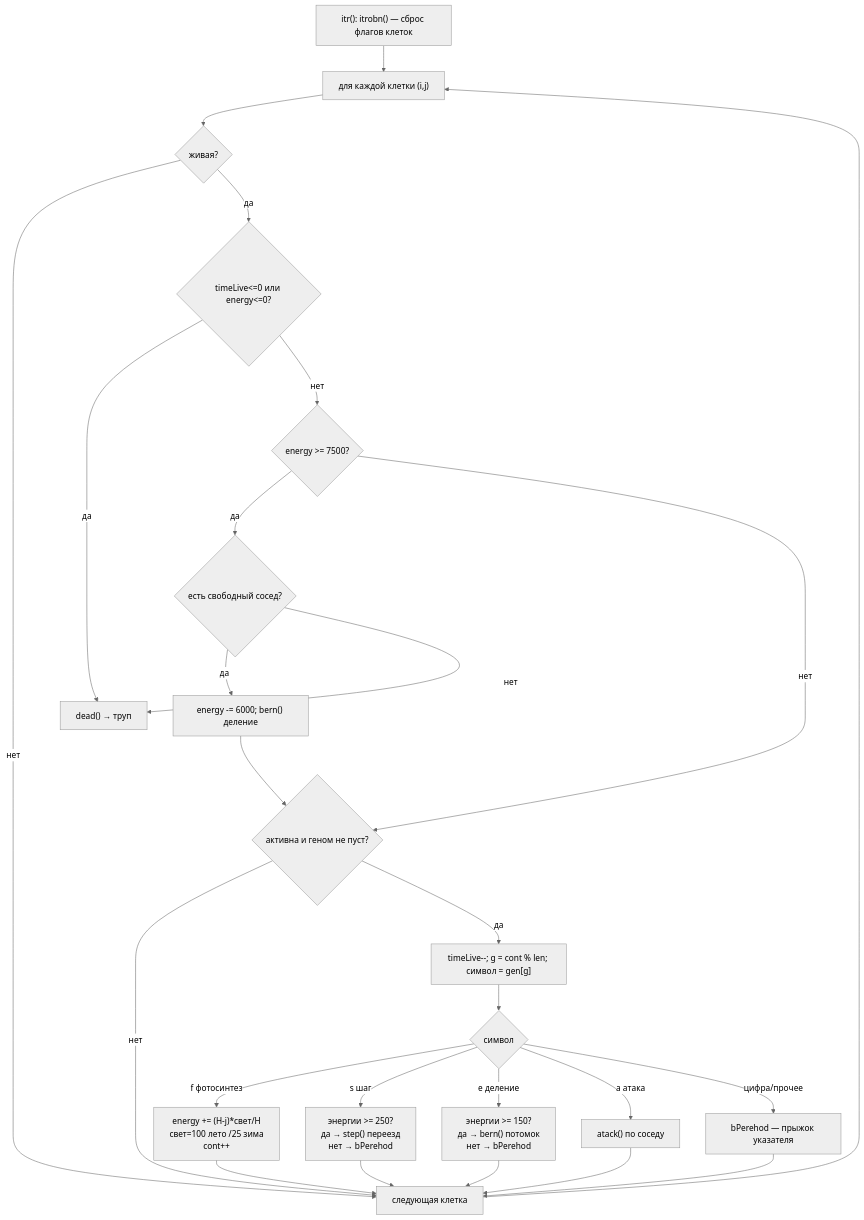
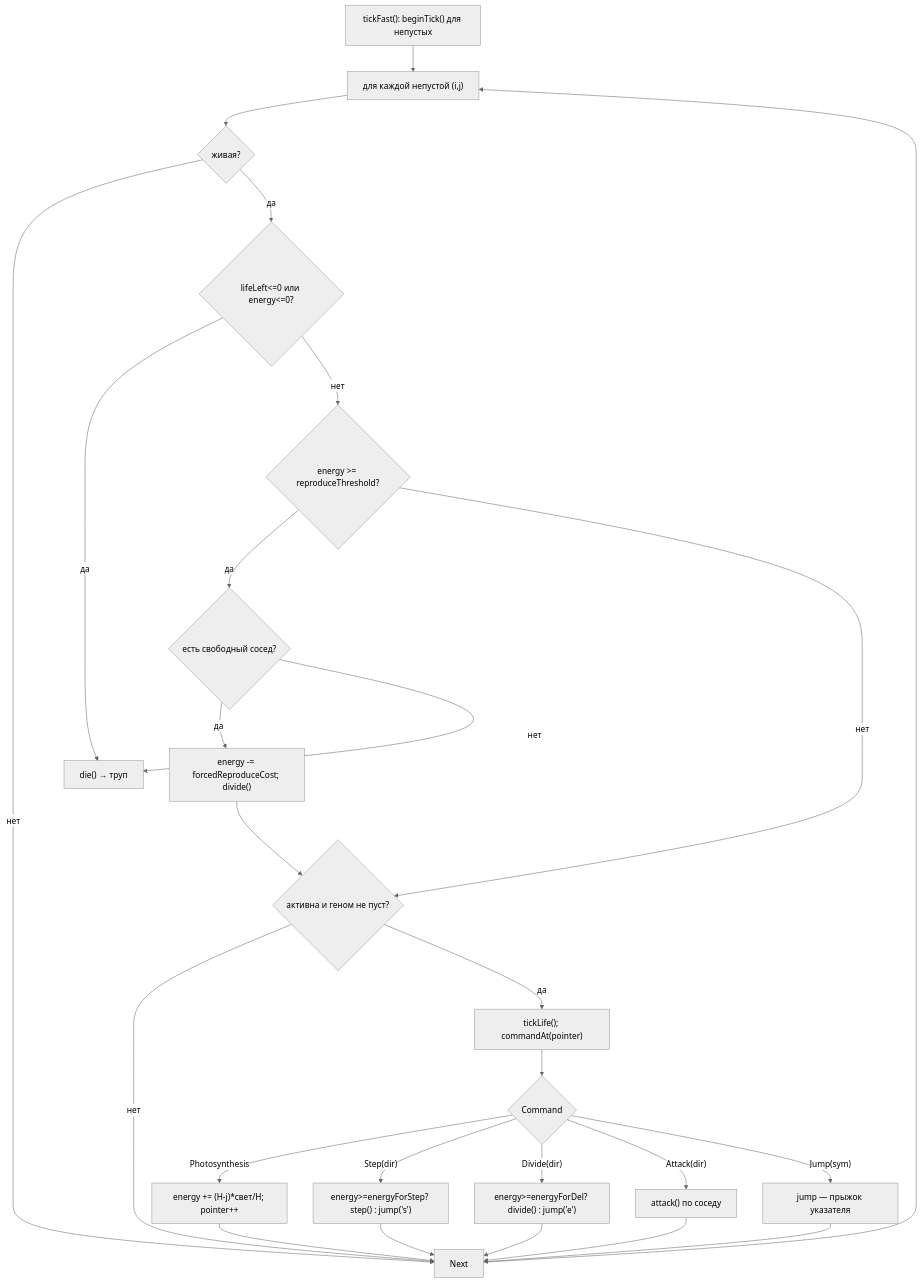
The third of 4 diagrams in MECHANISM.md (EvstigneevEgor/Bioloji), drawn with Mermaid (neutral theme) before and after one commit. The commit also changed other lines of this file and 32 other files, not shown here.

````diff
--- a/MECHANISM.md
+++ b/MECHANISM.md
@@ -46,29 +99,24 @@
 ```mermaid
 flowchart TD
-  Start["itr(): itrobn() — сброс флагов клеток"] --> Loop["для каждой клетки (i,j)"]
+  Start["tickFast(): beginTick() для непустых"] --> Loop["для каждой непустой (i,j)"]
   Loop --> Live{"живая?"}
   Live -- нет --> Next
-  Live -- да --> Death{"timeLive<=0 или energy<=0?"}
-  Death -- да --> Dead["dead() → труп"]
-  Death -- нет --> Over{"energy >= 7500?"}
+  Live -- да --> Death{"lifeLeft<=0 или energy<=0?"}
+  Death -- да --> Dead["die() → труп"]
+  Death -- нет --> Over{"energy >= reproduceThreshold?"}
   Over -- да --> FR{"есть свободный сосед?"}
-  FR -- да --> FB["energy -= 6000; bern() деление"]
+  FR -- да --> FB["energy -= forcedReproduceCost; divide()"]
   FR -- нет --> Dead
   Over -- нет --> Cmd
   FB --> Cmd
-  Cmd{"активна и геном не пуст?"}
-  Cmd -- нет --> Next["следующая клетка"]
-  Cmd -- да --> Read["timeLive--; g = cont % len; символ = gen[g]"]
-  Read --> Sw{"символ"}
-  Sw -- "f фотосинтез" --> F["energy += (H-j)*свет/H<br/>свет=100 лето /25 зима<br/>cont++"]
-  Sw -- "s шаг" --> Sm["энергии >= 250?<br/>да → step() переезд<br/>нет → bPerehod"]
-  Sw -- "e деление" --> E["энергии >= 150?<br/>да → bern() потомок<br/>нет → bPerehod"]
-  Sw -- "a атака" --> A["atack() по соседу"]
-  Sw -- "цифра/прочее" --> B["bPerehod — прыжок указателя"]
-  F --> Next
-  Sm --> Next
-  E --> Next
-  A --> Next
-  B --> Next
+  Cmd{"активна и геном не пуст?"} -- нет --> Next
+  Cmd -- да --> Read["tickLife(); commandAt(pointer)"]
+  Read --> Sw{"Command"}
+  Sw -- Photosynthesis --> Fp["energy += (H-j)*свет/H; pointer++"]
+  Sw -- "Step(dir)" --> Sm["energy>=energyForStep? step() : jump('s')"]
+  Sw -- "Divide(dir)" --> E["energy>=energyForDel? divide() : jump('e')"]
+  Sw -- "Attack(dir)" --> A["attack() по соседу"]
+  Sw -- "Jump(sym)" --> B["jump — прыжок указателя"]
+  Fp --> Next; Sm --> Next; E --> Next; A --> Next; B --> Next
   Next --> Loop
 ```
````
